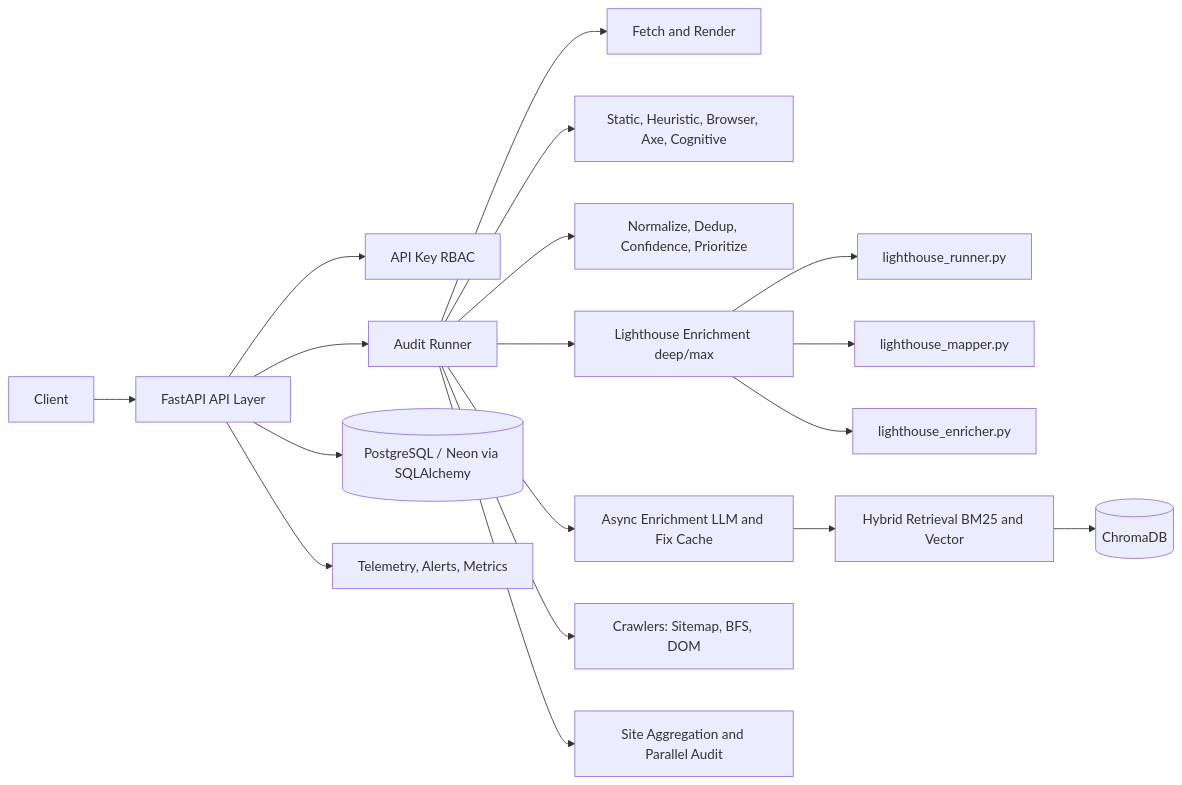
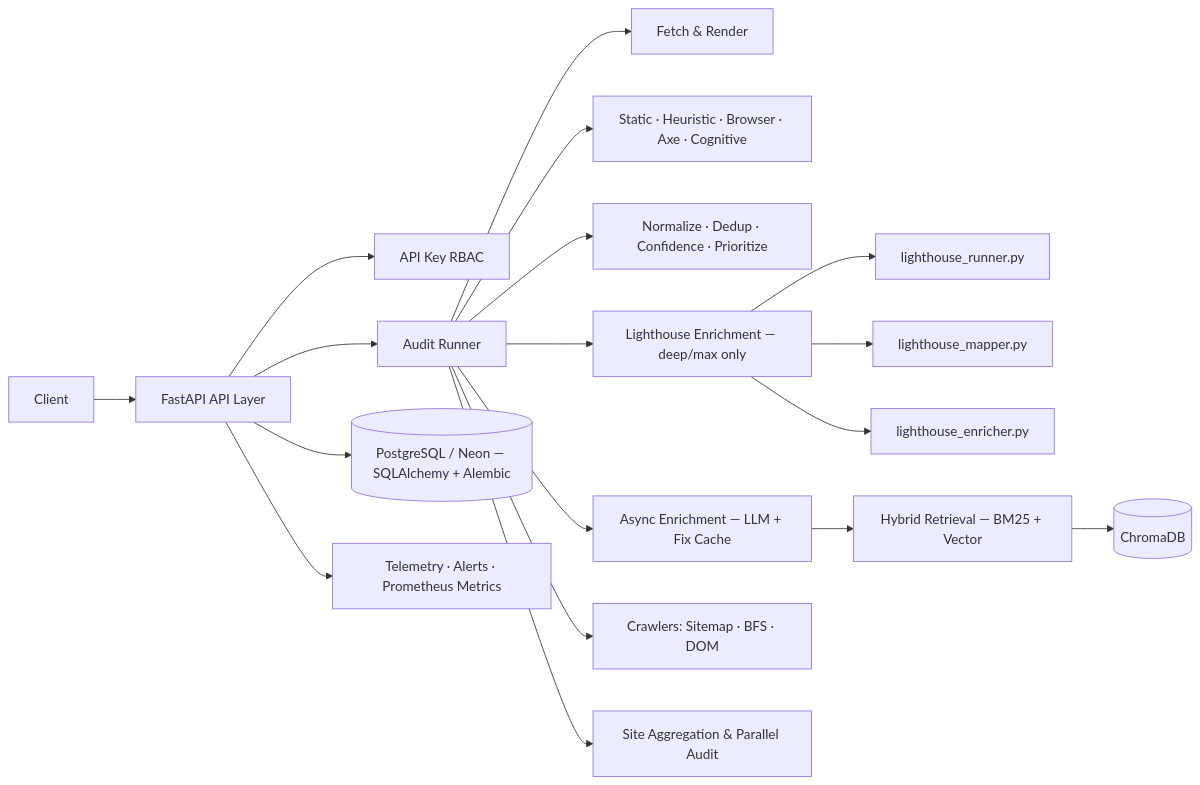
One commit to WillyEverGreen/BEACON changed the diagram in README.md. Above: the diagram before and after it, drawn with Mermaid. The commit also changed other lines of this file and 31 other files, not shown here.

Commit message:
feat: implement core audit infrastructure including feedback loops, telemetry, crawl orchestration, and rule-based scanning services

````diff
--- a/README.md
+++ b/README.md
@@ -91,25 +146,24 @@
 ```mermaid
 flowchart LR
     C[Client] --> API[FastAPI API Layer]
     API --> AUTH[API Key RBAC]
     API --> RUN[Audit Runner]
 
-    RUN --> FETCH[Fetch and Render]
-    RUN --> ENGINES[Static, Heuristic, Browser, Axe, Cognitive]
-    RUN --> SCORE[Normalize, Dedup, Confidence, Prioritize]
-    RUN --> ENRICH[Async Enrichment LLM and Fix Cache]
-    RUN --> LH[Lighthouse Enrichment deep/max]
-
-    RUN --> CRAWL[Crawlers: Sitemap, BFS, DOM]
-    RUN --> SITE[Site Aggregation and Parallel Audit]
+    RUN --> FETCH[Fetch & Render]
+    RUN --> ENGINES[Static · Heuristic · Browser · Axe · Cognitive]
+    RUN --> SCORE[Normalize · Dedup · Confidence · Prioritize]
+    RUN --> ENRICH[Async Enrichment — LLM + Fix Cache]
+    RUN --> LH[Lighthouse Enrichment — deep/max only]
+    RUN --> CRAWL[Crawlers: Sitemap · BFS · DOM]
+    RUN --> SITE[Site Aggregation & Parallel Audit]
 
     LH --> LH_RUNNER[lighthouse_runner.py]
     LH --> LH_MAPPER[lighthouse_mapper.py]
     LH --> LH_MERGER[lighthouse_enricher.py]
 
-    ENRICH --> RAG[Hybrid Retrieval BM25 and Vector]
+    ENRICH --> RAG[Hybrid Retrieval — BM25 + Vector]
     RAG --> VDB[(ChromaDB)]
 
-    API --> DB[(PostgreSQL / Neon via SQLAlchemy)]
-    API --> OBS[Telemetry, Alerts, Metrics]
+    API --> DB[(PostgreSQL / Neon — SQLAlchemy + Alembic)]
+    API --> OBS[Telemetry · Alerts · Prometheus Metrics]
 ```
````
